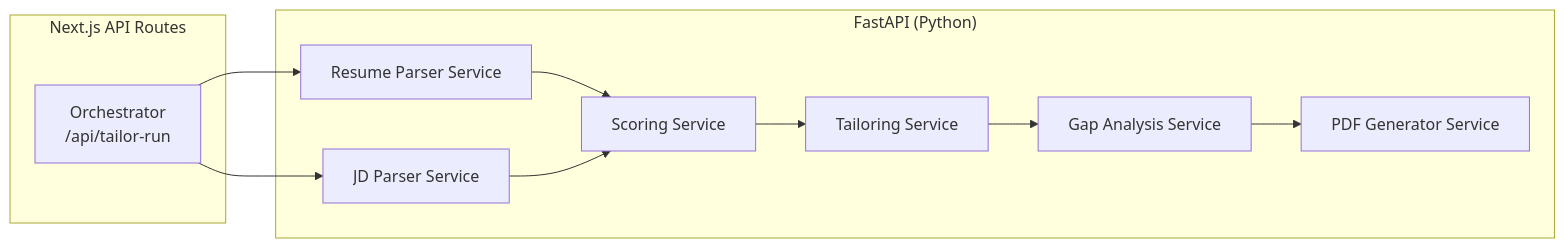
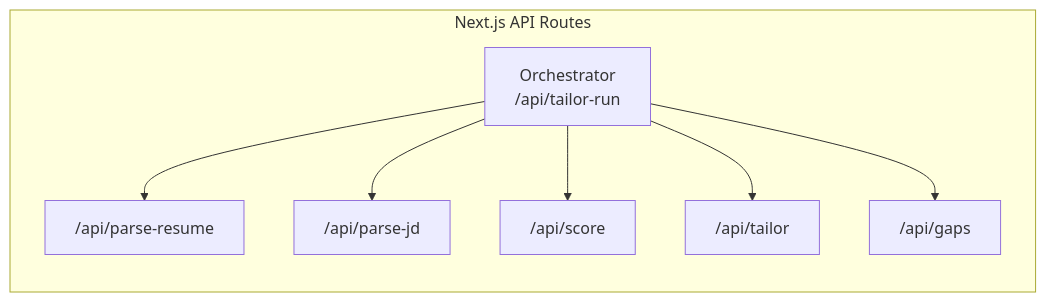
Before and after one commit to harshyadav-ml/resume-shapeshifter: the third of 4 diagrams in docs/architecture.md, drawn with Mermaid. The commit also changed other lines of this file and 7 other files, not shown here.

````diff
--- a/docs/architecture.md
+++ b/docs/architecture.md
@@ -209,21 +200,16 @@
 ```mermaid
 graph LR
     subgraph NextAPI["Next.js API Routes"]
         O["Orchestrator\n/api/tailor-run"]
-    end
-
-    subgraph FastAPI["FastAPI (Python)"]
-        A["Resume Parser Service"]
-        B["JD Parser Service"]
-        C["Scoring Service"]
-        D["Tailoring Service"]
-        E["Gap Analysis Service"]
-        F["PDF Generator Service"]
+        A["/api/parse-resume"]
+        B["/api/parse-jd"]
+        C["/api/score"]
+        D["/api/tailor"]
+        E["/api/gaps"]
     end
 
     O --> A & B
-    A & B --> C
-    C --> D
-    D --> E
-    E --> F
+    O --> C
+    O --> D
+    O --> E
 ```
````
